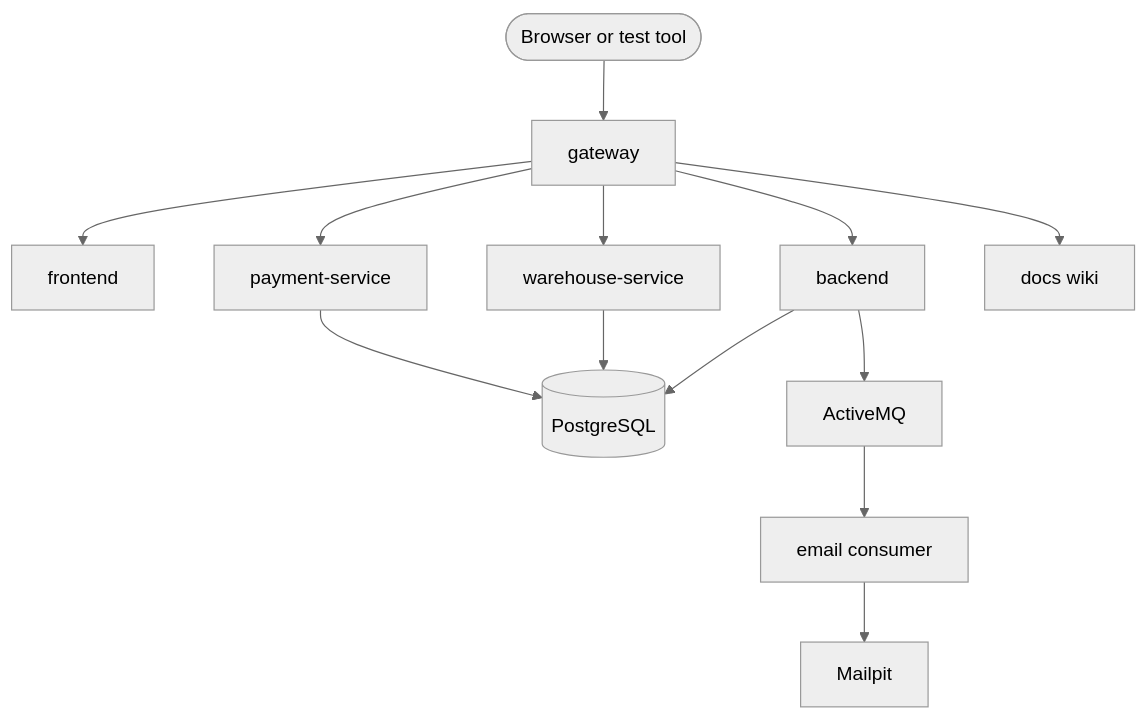
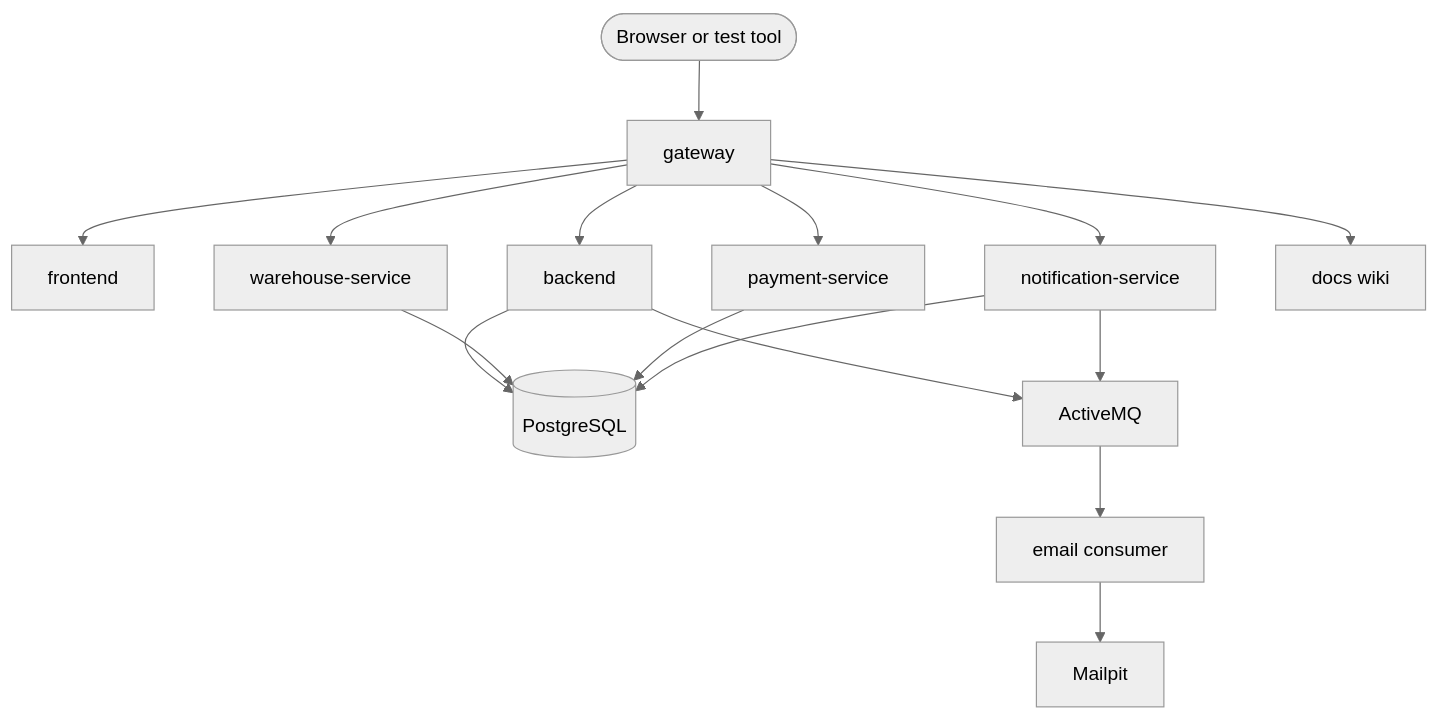
Before and after one commit to slawekradzyminski/awesome-localstack: the first of 2 diagrams in docs-site/docs/architecture/index.md, drawn with Mermaid (neutral theme). The commit also changed other lines of this file and 32 other files, not shown here.

First line of the commit message:
Document notification-service, reservations and split shipments

````diff
--- a/docs-site/docs/architecture/index.md
+++ b/docs-site/docs/architecture/index.md
@@ -8,13 +9,16 @@
 ```mermaid
 flowchart TB
     U([Browser or test tool]) --> G[gateway]
     G --> F[frontend]
     G --> B[backend]
     G --> W[warehouse-service]
     G --> P[payment-service]
+    G --> N[notification-service]
     G --> D[docs wiki]
     B --> DB[(PostgreSQL)]
     W --> DB
     P --> DB
+    N --> DB
     B --> MQ[ActiveMQ] --> C[email consumer] --> M[Mailpit]
+    N --> MQ
 ```
````
